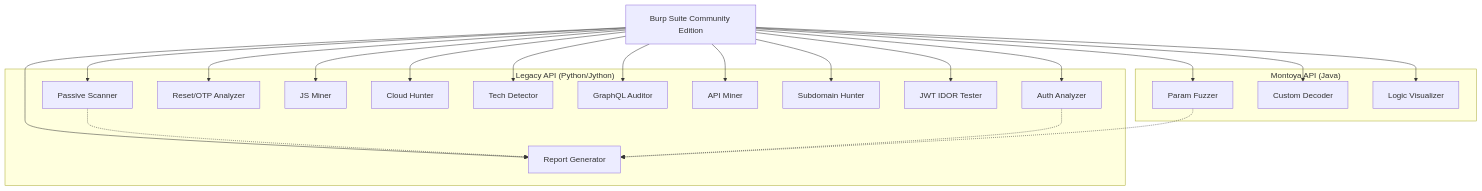
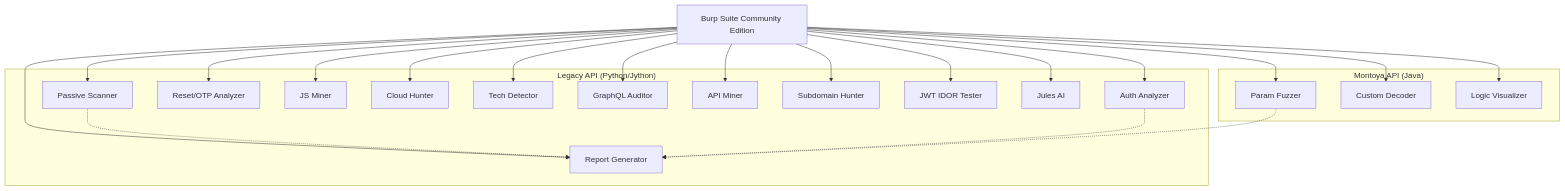
The diagram in docs/architecture.md (mic-cyberkid/burp-extensions-suite), drawn with Mermaid before and after one commit. The commit also changed 6 other files, not shown here.

````diff
--- a/docs/architecture.md
+++ b/docs/architecture.md
@@ -7,43 +7,45 @@
 ```mermaid
 graph TD
     Burp[Burp Suite Community Edition]
 
     subgraph "Legacy API (Python/Jython)"
         PS[Passive Scanner]
         AA[Auth Analyzer]
         RG[Report Generator]
         RO[Reset/OTP Analyzer]
         JS[JS Miner]
         CH[Cloud Hunter]
         TD[Tech Detector]
         GQ[GraphQL Auditor]
         AM[API Miner]
         SH[Subdomain Hunter]
         JI[JWT IDOR Tester]
+        JA[Jules AI]
     end
 
     subgraph "Montoya API (Java)"
         PF[Param Fuzzer]
         CD[Custom Decoder]
         LV[Logic Visualizer]
     end
 
     Burp --> PS
     Burp --> AA
     Burp --> RG
     Burp --> PF
     Burp --> CD
     Burp --> RO
     Burp --> LV
     Burp --> JS
     Burp --> CH
     Burp --> TD
     Burp --> GQ
     Burp --> AM
     Burp --> SH
     Burp --> JI
+    Burp --> JA
 
     PS -.-> RG
     AA -.-> RG
     PF -.-> RG
 ```
````
